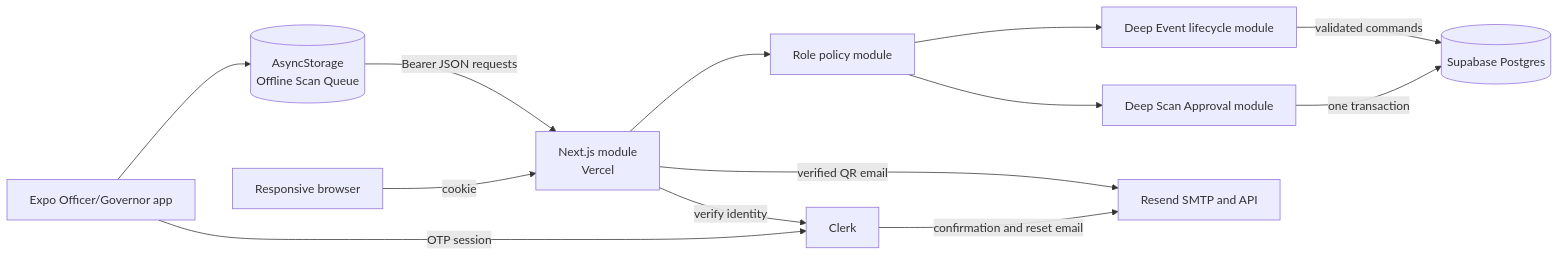
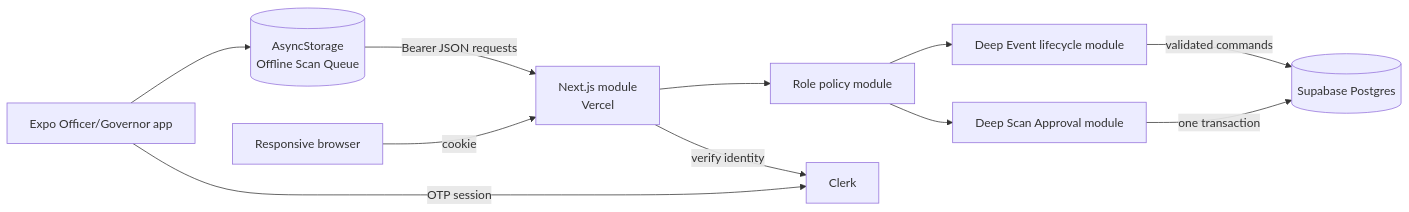
Before and after one commit to NCF-CCS-Opensource/csc: the diagram in docs/system-design.md, drawn with Mermaid. The commit also changed other lines of this file and 5 other files, not shown here.

First line of the commit message:
docs: retire Resend from architecture and deployment docs

````diff
--- a/docs/system-design.md
+++ b/docs/system-design.md
@@ -47,26 +47,23 @@
 ```mermaid
 flowchart LR
     Browser[Responsive browser]
     Mobile[Expo Officer/Governor app]
     Queue[(AsyncStorage<br/>Offline Scan Queue)]
     Vercel[Next.js module<br/>Vercel]
     Role[Role policy module]
     Scan[Deep Scan Approval module]
     Event[Deep Event lifecycle module]
     Auth[Clerk]
     DB[(Supabase Postgres)]
-    Resend[Resend SMTP and API]
 
     Browser -->|cookie| Vercel
     Mobile -->|OTP session| Auth
     Mobile --> Queue
     Queue -->|Bearer JSON requests| Vercel
     Vercel -->|verify identity| Auth
     Vercel --> Role
     Role --> Scan
     Role --> Event
     Scan -->|one transaction| DB
     Event -->|validated commands| DB
-    Auth -->|confirmation and reset email| Resend
-    Vercel -->|verified QR email| Resend
 ```
````
